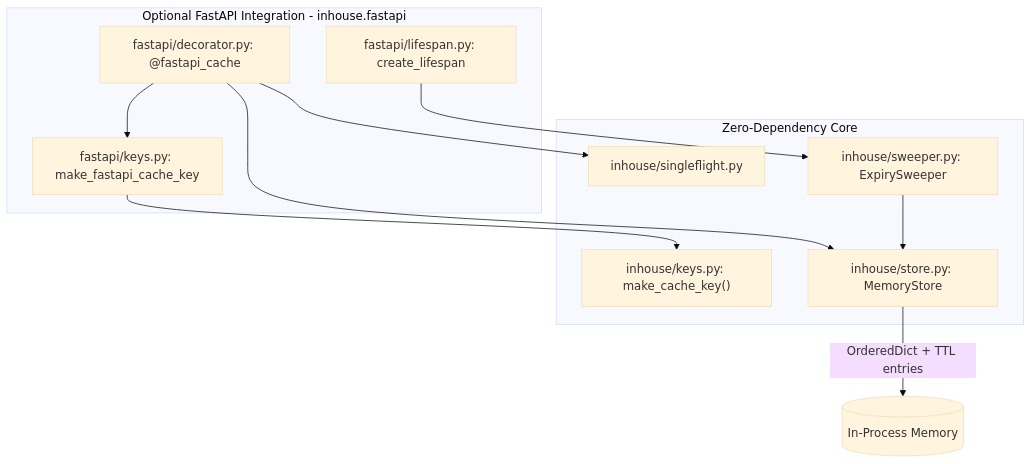
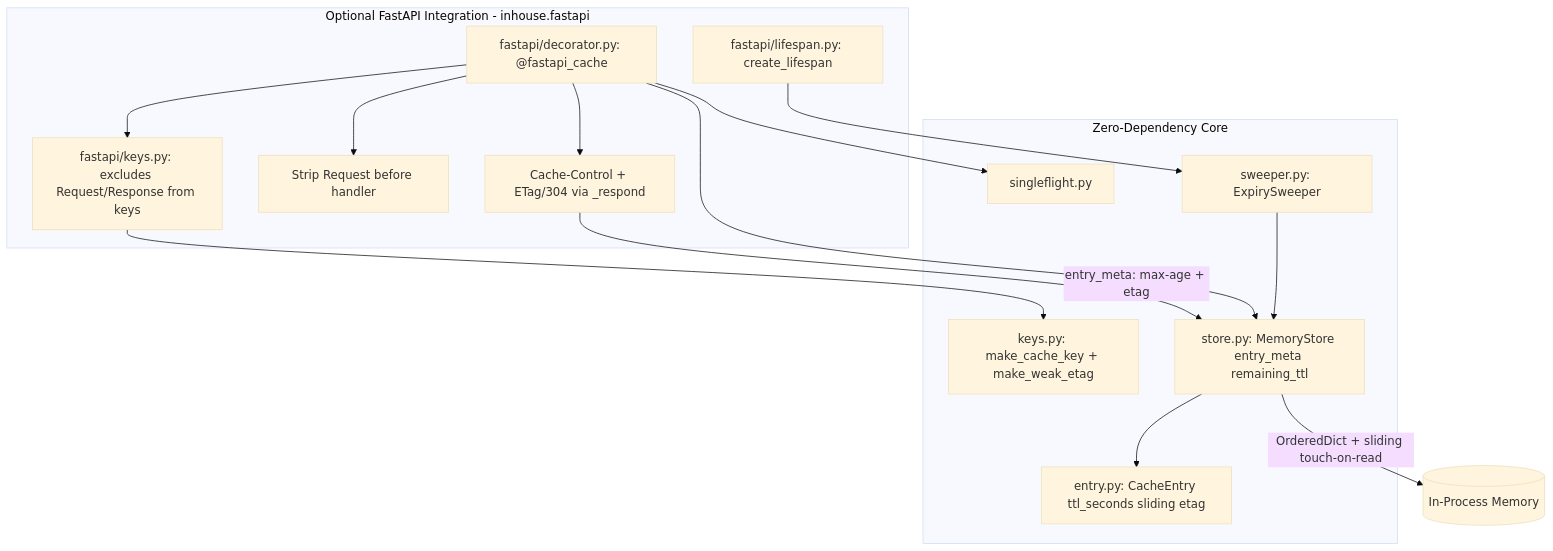
One commit to kineticquant/inhouse changed the second of 2 diagrams in README.md. Above: the diagram before and after it, drawn with Mermaid (base theme). The commit also changed other lines of this file and 2 other files, not shown here.

````diff
--- a/README.md
+++ b/README.md
@@ -265,23 +378,30 @@
 ```mermaid
 flowchart TB
     subgraph fastapi_layer [Optional FastAPI Integration - inhouse.fastapi]
         FDecorator["fastapi/decorator.py: @fastapi_cache"]
+        HttpCache["Cache-Control + ETag/304 via _respond"]
+        ReqStrip["Strip Request before handler"]
         FLifespan["fastapi/lifespan.py: create_lifespan"]
-        FKeys["fastapi/keys.py: make_fastapi_cache_key"]
+        FKeys["fastapi/keys.py: excludes Request/Response from keys"]
     end
 
     subgraph core [Zero-Dependency Core]
-        KeyBuilder["inhouse/keys.py: make_cache_key()"]
-        Store["inhouse/store.py: MemoryStore"]
-        Singleflight["inhouse/singleflight.py"]
-        Sweeper["inhouse/sweeper.py: ExpirySweeper"]
+        Entry["entry.py: CacheEntry ttl_seconds sliding etag"]
+        KeyBuilder["keys.py: make_cache_key + make_weak_etag"]
+        Store["store.py: MemoryStore entry_meta remaining_ttl"]
+        Singleflight["singleflight.py"]
+        Sweeper["sweeper.py: ExpirySweeper"]
     end
 
     FDecorator --> FKeys
+    FDecorator --> ReqStrip
+    FDecorator --> HttpCache
     FKeys --> KeyBuilder
+    HttpCache -->|"entry_meta: max-age + etag"| Store
     FDecorator --> Store
     FDecorator --> Singleflight
     FLifespan --> Sweeper
     Sweeper --> Store
-    Store -->|"OrderedDict + TTL entries"| Memory[(In-Process Memory)]
+    Store --> Entry
+    Store -->|"OrderedDict + sliding touch-on-read"| Memory[(In-Process Memory)]
 ```
````
